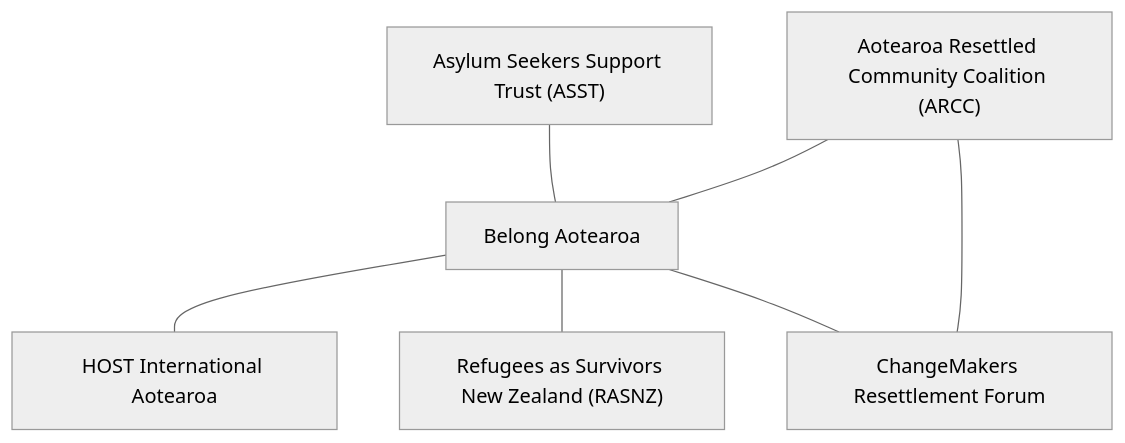
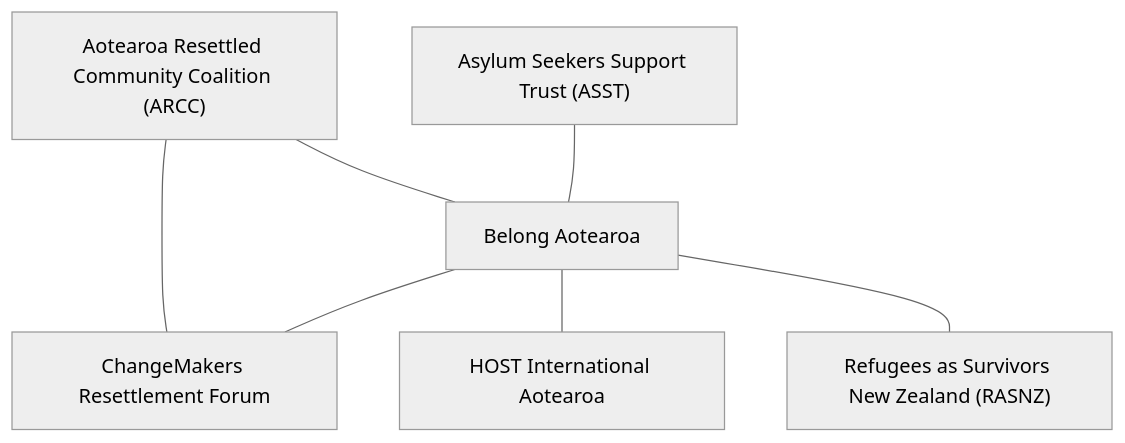
One commit to olitreadwell/nz-tech-for-good changed the fifth of 21 diagrams in GUIDE.md. Above: the diagram before and after it, drawn with Mermaid (neutral theme). The commit also changed other lines of this file and 1 other file, not shown here.

````diff
--- a/GUIDE.md
+++ b/GUIDE.md
@@ -153,15 +153,15 @@
 ```mermaid
 flowchart TD
     n_AotearoaResettledCommuni["Aotearoa Resettled Community Coalition (ARCC)"]
     n_AsylumSeekersSupportTrus["Asylum Seekers Support Trust (ASST)"]
     n_BelongAotearoa["Belong Aotearoa"]
     n_ChangeMakersResettlement["ChangeMakers Resettlement Forum"]
     n_HOSTInternationalAotearo["HOST International Aotearoa"]
     n_RefugeesasSurvivorsNewZe["Refugees as Survivors New Zealand (RASNZ)"]
-    n_BelongAotearoa --- n_HOSTInternationalAotearo
     n_AotearoaResettledCommuni --- n_BelongAotearoa
     n_AotearoaResettledCommuni --- n_ChangeMakersResettlement
     n_AsylumSeekersSupportTrus --- n_BelongAotearoa
+    n_BelongAotearoa --- n_ChangeMakersResettlement
+    n_BelongAotearoa --- n_HOSTInternationalAotearo
     n_BelongAotearoa --- n_RefugeesasSurvivorsNewZe
-    n_BelongAotearoa --- n_ChangeMakersResettlement
 ```
````
